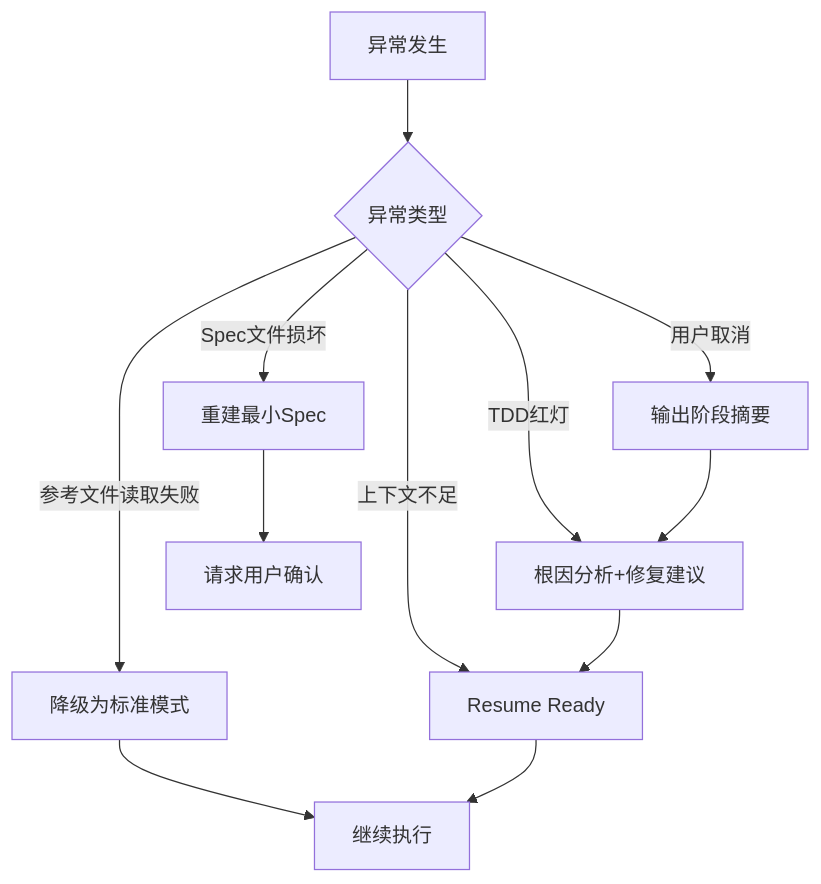
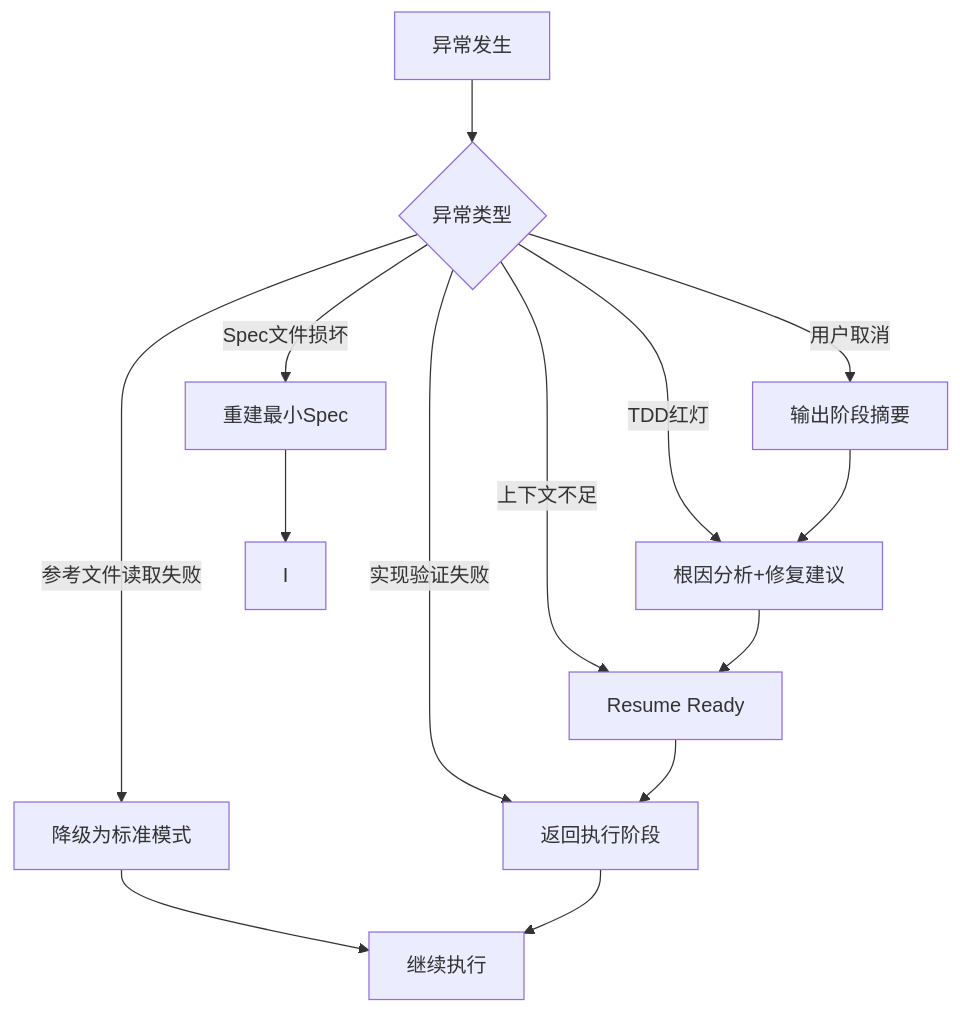
One commit to AngelWings1997/altas changed diagram 18 of 24 in .qoder/repowiki/zh/content/Altas Workflow Core/Altas Workflow Core.md. Above: the diagram before and after it, drawn with Mermaid. The commit also changed other lines of this file and 14 other files, not shown here.

````diff
--- a/.qoder/repowiki/zh/content/Altas Workflow Core/Altas Workflow Core.md
+++ b/.qoder/repowiki/zh/content/Altas Workflow Core/Altas Workflow Core.md
@@ -834,14 +946,16 @@
 ```mermaid
 flowchart TD
 A[异常发生] --> B{异常类型}
 B --> |参考文件读取失败| C[降级为标准模式]
 B --> |Spec文件损坏| D[重建最小Spec]
 B --> |用户取消| E[输出阶段摘要]
 B --> |TDD红灯| F[根因分析+修复建议]
 B --> |上下文不足| G[Resume Ready]
-C --> H[继续执行]
-D --> I[请求用户确认]
+B --> |实现验证失败| H[返回执行阶段]
+C --> I[继续执行]
+D --> J[I]
 E --> F
 F --> G
 G --> H
+H --> I
 ```
````
